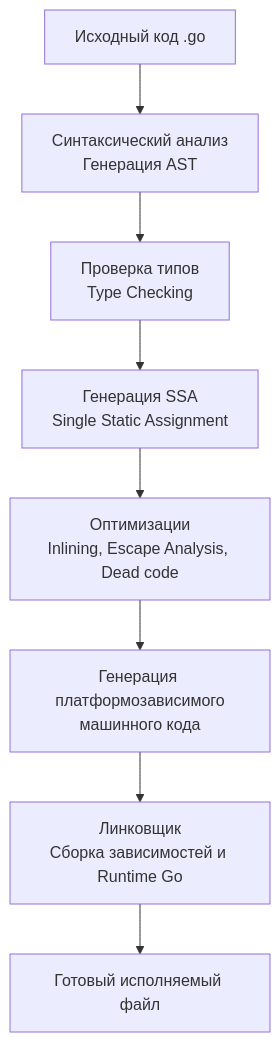
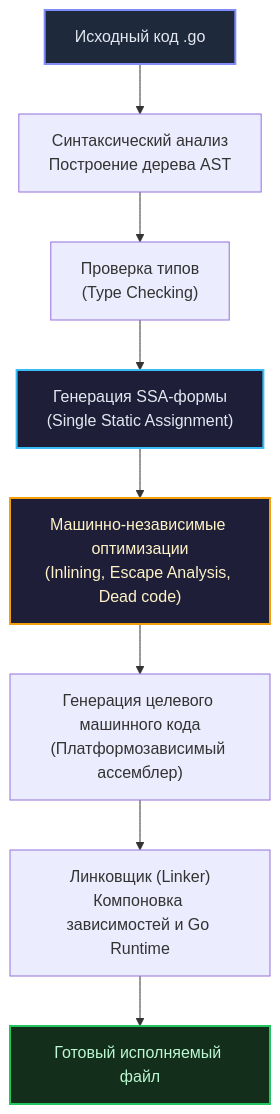
Before and after one commit to UnrealTemplier/go-textbook: the diagram in sources/5. Учебник по Go (Основы и синтаксис)/3. go run, go build, go test и базовый toolchain.md, drawn with Mermaid. The commit also changed other lines of this file, not shown here.

````diff
--- a/sources/5. Учебник по Go (Основы и синтаксис)/3. go run, go build, go test и базовый toolchain.md
+++ b/sources/5. Учебник по Go (Основы и синтаксис)/3. go run, go build, go test и базовый toolchain.md
@@ -27,10 +28,15 @@
 ```mermaid
 flowchart TD
-    SRC["Исходный код .go"] --> Parse["Синтаксический анализ<br>Генерация AST"]
-    Parse --> TypeCheck["Проверка типов<br>Type Checking"]
-    TypeCheck --> SSA["Генерация SSA<br>Single Static Assignment"]
-    SSA --> Opt["Оптимизации<br>Inlining, Escape Analysis, Dead code"]
-    Opt --> Asm["Генерация платформозависимого<br>машинного кода"]
-    Asm --> Linker["Линковщик<br>Сборка зависимостей и Runtime Go"]
+    SRC["Исходный код .go"] --> Parse["Синтаксический анализ<br>Построение дерева AST"]
+    Parse --> TypeCheck["Проверка типов<br>(Type Checking)"]
+    TypeCheck --> SSA["Генерация SSA-формы<br>(Single Static Assignment)"]
+    SSA --> Opt["Машинно-независимые оптимизации<br>(Inlining, Escape Analysis, Dead code)"]
+    Opt --> Asm["Генерация целевого машинного кода<br>(Платформозависимый ассемблер)"]
+    Asm --> Linker["Линковщик (Linker)<br>Компоновка зависимостей и Go Runtime"]
     Linker --> Bin["Готовый исполняемый файл"]
+    
+    style SRC fill:#1e293b,stroke:#818cf8,stroke-width:2px,color:#e2e8f0
+    style SSA fill:#1e1e38,stroke:#38bdf8,stroke-width:2px,color:#e2e8f0
+    style Opt fill:#1e1e38,stroke:#f59e0b,stroke-width:2px,color:#fef3c7
+    style Bin fill:#132e1b,stroke:#22c55e,stroke-width:2px,color:#bbf7d0
 ```
````
